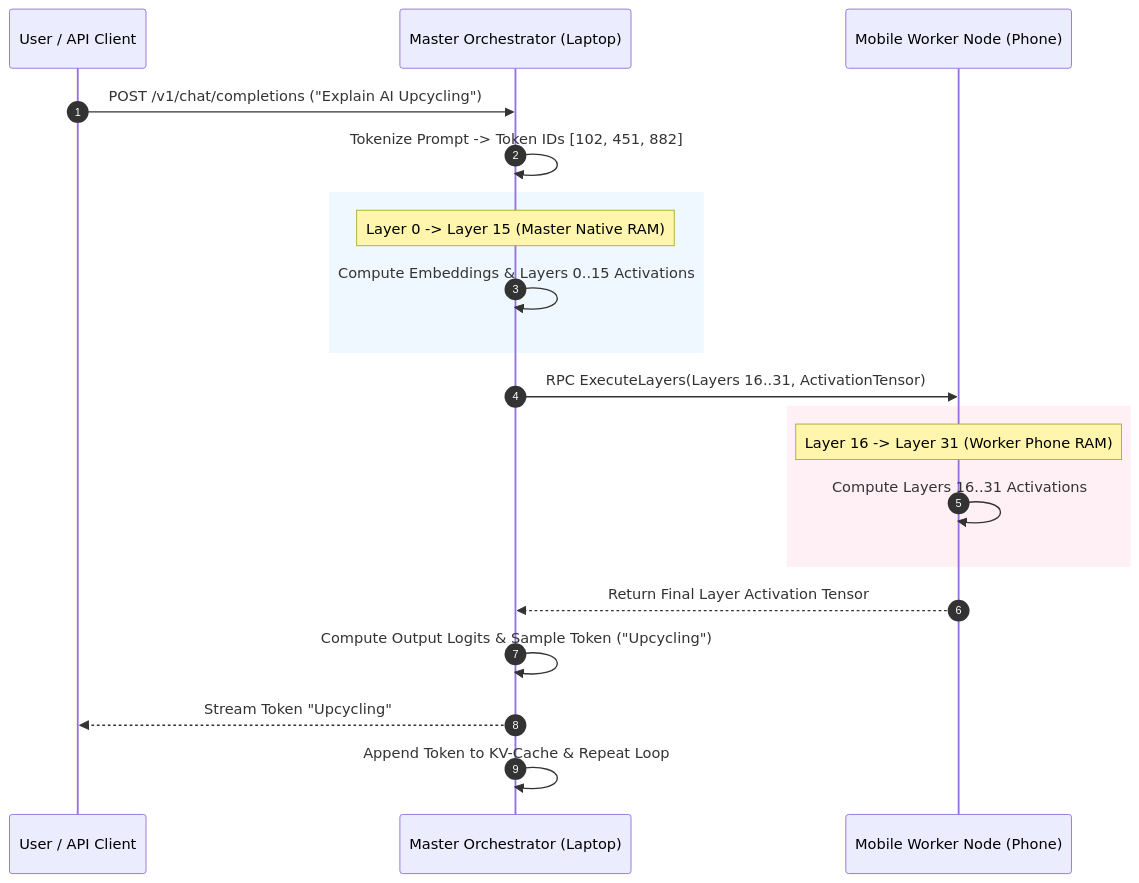
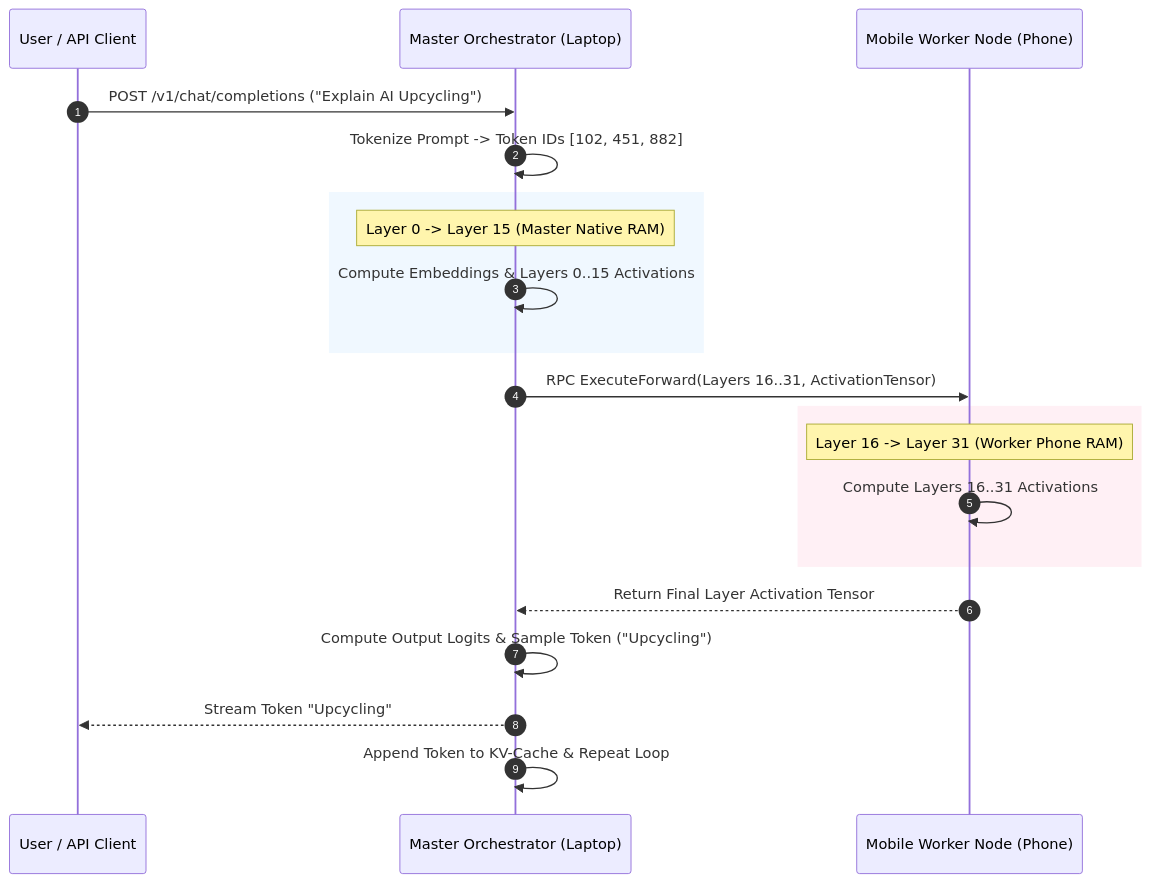
One commit to darshan192004/AI-upcycler changed the second of 3 diagrams in docs/architecture.md. Above: the diagram before and after it, drawn with Mermaid. The commit also changed other lines of this file and 2 other files, not shown here.

````diff
--- a/docs/architecture.md
+++ b/docs/architecture.md
@@ -72,29 +72,29 @@
 ```mermaid
 sequenceDiagram
     autonumber
     participant Client as User / API Client
     participant Master as Master Orchestrator (Laptop)
     participant Worker as Mobile Worker Node (Phone)
 
     Client->>Master: POST /v1/chat/completions ("Explain AI Upcycling")
     Master->>Master: Tokenize Prompt -> Token IDs [102, 451, 882]
     
     rect rgb(240, 248, 255)
         note over Master: Layer 0 -> Layer 15 (Master Native RAM)
         Master->>Master: Compute Embeddings & Layers 0..15 Activations
     end
 
-    Master->>Worker: RPC ExecuteLayers(Layers 16..31, ActivationTensor)
+    Master->>Worker: RPC ExecuteForward(Layers 16..31, ActivationTensor)
     
     rect rgb(255, 240, 245)
         note over Worker: Layer 16 -> Layer 31 (Worker Phone RAM)
         Worker->>Worker: Compute Layers 16..31 Activations
     end
 
     Worker-->>Master: Return Final Layer Activation Tensor
     
     Master->>Master: Compute Output Logits & Sample Token ("Upcycling")
     Master-->>Client: Stream Token "Upcycling"
     
     Master->>Master: Append Token to KV-Cache & Repeat Loop
 ```
````
